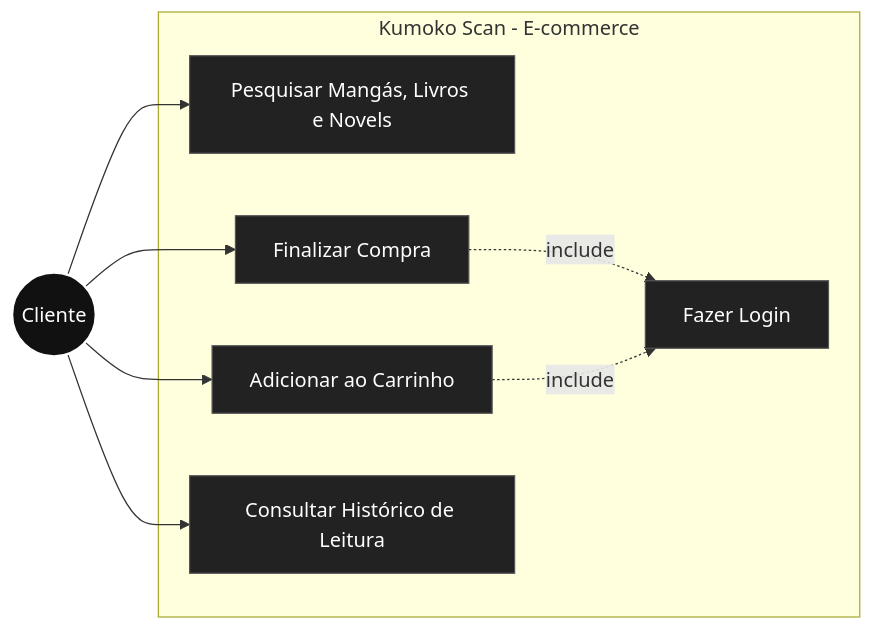
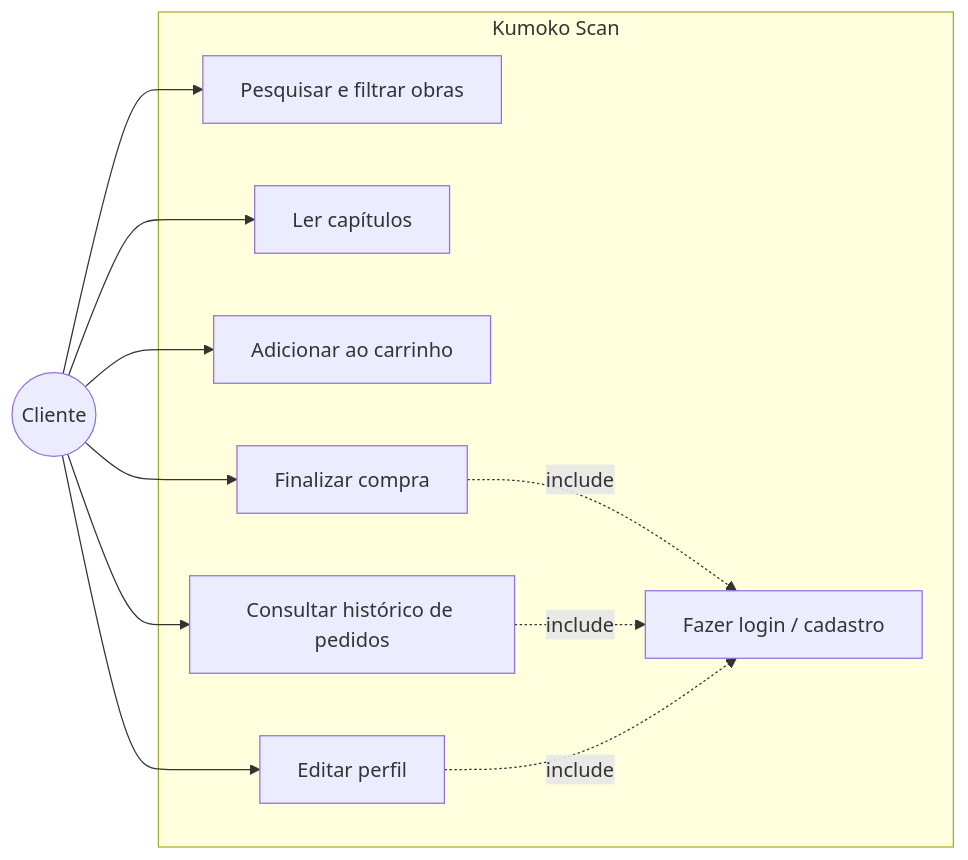
One commit to PFLYIN/kumoko-scan changed the fourth of 8 diagrams in README.md. Above: the diagram before and after it, drawn with Mermaid. The commit also changed other lines of this file and 30 other files, not shown here.

````diff
--- a/README.md
+++ b/README.md
@@ -129,23 +409,25 @@
 ```mermaid
 flowchart LR
-    classDef actor fill:#111,stroke:#fff,stroke-width:2px,color:#fff;
-    classDef usecase fill:#222,stroke:#555,stroke-width:1px,color:#fff;
+    Cliente((Cliente))
 
-    Cliente((Cliente)):::actor
-
-    subgraph "Kumoko Scan - E-commerce"
-        UC1[Pesquisar Mangás, Livros e Novels]:::usecase
-        UC2[Adicionar ao Carrinho]:::usecase
-        UC3[Fazer Login]:::usecase
-        UC4[Finalizar Compra]:::usecase
-        UC5[Consultar Histórico de Leitura]:::usecase
+    subgraph "Kumoko Scan"
+        UC1[Pesquisar e filtrar obras]
+        UC2[Ler capítulos]
+        UC3[Adicionar ao carrinho]
+        UC4[Fazer login / cadastro]
+        UC5[Finalizar compra]
+        UC6[Consultar histórico de pedidos]
+        UC7[Editar perfil]
     end
 
     Cliente --> UC1
     Cliente --> UC2
-    Cliente --> UC4
+    Cliente --> UC3
     Cliente --> UC5
+    Cliente --> UC6
+    Cliente --> UC7
 
-    UC4 -. include .-> UC3
-    UC2 -. include .-> UC3
+    UC5 -. include .-> UC4
+    UC6 -. include .-> UC4
+    UC7 -. include .-> UC4
 ```
````
